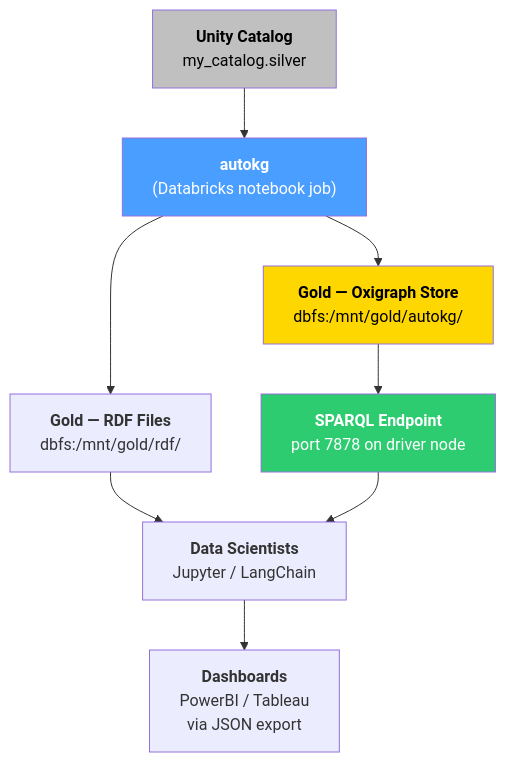
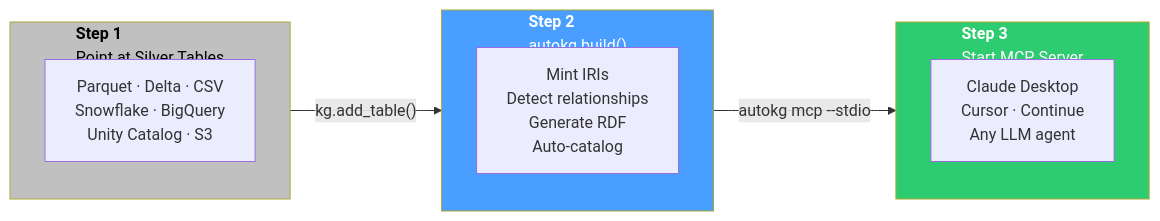
The first of 5 diagrams in README.md (kaushikthakur97/autokg), drawn with Mermaid before and after one commit. The commit also changed other lines of this file, not shown here.

First line of the commit message:
docs: v0.2.0 README — narrative rewrite with MCP, competitive comparison, 148/148 results

````diff
--- a/README.md
+++ b/README.md
@@ -129,16 +71,18 @@
 ```mermaid
-flowchart TD
-    A["<b>Unity Catalog</b><br/>my_catalog.silver"] 
-    A --> B["<b>autokg</b><br/>(Databricks notebook job)"]
-    B --> C["<b>Gold — Oxigraph Store</b><br/>dbfs:/mnt/gold/autokg/"]
-    B --> D["<b>Gold — RDF Files</b><br/>dbfs:/mnt/gold/rdf/"]
-    C --> E["<b>SPARQL Endpoint</b><br/>port 7878 on driver node"]
-    D --> F["<b>Data Scientists</b><br/>Jupyter / LangChain"]
-    E --> F
-    F --> G["<b>Dashboards</b><br/>PowerBI / Tableau<br/>via JSON export"]
+flowchart LR
+    subgraph A["<b>Step 1</b><br/>Point at Silver Tables"]
+        A1["Parquet · Delta · CSV<br/>Snowflake · BigQuery<br/>Unity Catalog · S3"]
+    end
+    subgraph B["<b>Step 2</b><br/>autokg build()"]
+        B1["Mint IRIs<br/>Detect relationships<br/>Generate RDF<br/>Auto-catalog"]
+    end
+    subgraph C["<b>Step 3</b><br/>Start MCP Server"]
+        C1["Claude Desktop<br/>Cursor · Continue<br/>Any LLM agent"]
+    end
+    A -->|"kg.add_table()"| B
+    B -->|"autokg mcp --stdio"| C
     
     style A fill:#c0c0c0,color:#000
     style B fill:#4a9eff,color:#fff
-    style C fill:#ffd700,color:#000
-    style E fill:#2ecc71,color:#fff
+    style C fill:#2ecc71,color:#fff
 ```
````
